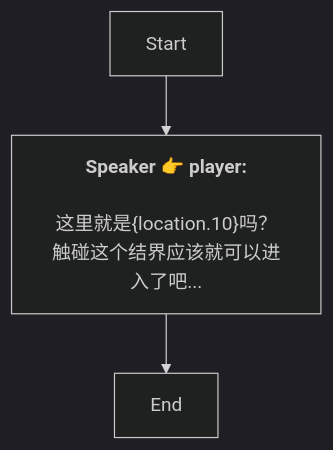
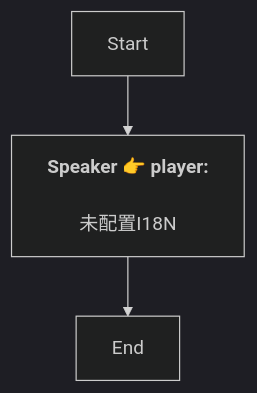
Before and after one commit to SoftHu/tos_avg: the diagram in Zh/QuestStartTalkENode_1749521427653894.md, drawn with Mermaid (dark theme). The commit also changed 730 other files, not shown here.

````diff
--- a/Zh/QuestStartTalkENode_1749521427653894.md
+++ b/Zh/QuestStartTalkENode_1749521427653894.md
@@ -1,8 +1,7 @@
 ```mermaid
 graph
 Start -->1749521508459785[<b>Speaker 👉 player:</b>
-\n这里就是&lbrace;location.10&rbrace;吗？
-触碰这个结界应该就可以进入了吧...]
+\n未配置I18N]
 1749521508459785 -->1749521514432778[End]
 
 ```
````
